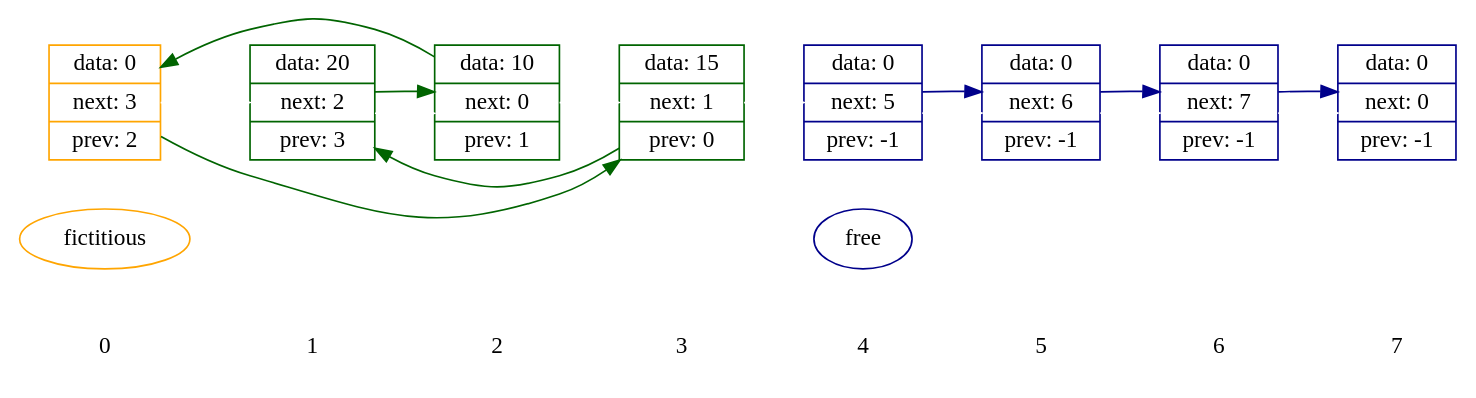
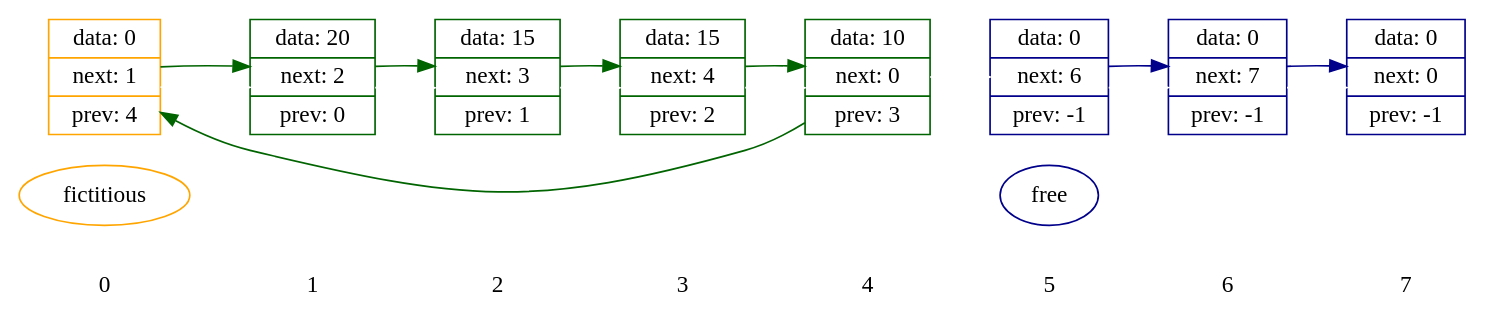
Before and after one commit to whiterno/list: the diagram in log/dump.dot, drawn with Graphviz. The commit also changed 30 other files, not shown here.

```diff
--- a/log/dump.dot
+++ b/log/dump.dot
@@ -1,55 +1,55 @@
 digraph D{
 	rankdir = LR
 	{
 	node[shape = plaintext]
 	edge[color = "white"]
 	"0" -> "1" -> "2" -> "3" -> "4" -> "5" -> "6" -> "7"
 	}
 
 	free [color = "darkblue"]
 
 	fictitious [color = "orange"]
 
 	{rank = same;  "0"; node_0; fictitious;}
 	{rank = same;  "1"; node_1;}
 	{rank = same;  "2"; node_2;}
 	{rank = same;  "3"; node_3;}
-	{rank = same;  "4"; node_4; free;}
-	{rank = same;  "5"; node_5;}
+	{rank = same;  "4"; node_4;}
+	{rank = same;  "5"; node_5; free;}
 	{rank = same;  "6"; node_6;}
 	{rank = same;  "7"; node_7;}
 
-	node_0 [shape = record, label = " data: 0 | next: 3 | prev: 2 "]
-	node_1 [shape = record, label = " data: 20 | next: 2 | prev: 3 "]
-	node_2 [shape = record, label = " data: 10 | next: 0 | prev: 1 "]
-	node_3 [shape = record, label = " data: 15 | next: 1 | prev: 0 "]
-	node_4 [shape = record, label = " data: 0 | next: 5 | prev: -1 "]
+	node_0 [shape = record, label = " data: 0 | next: 1 | prev: 4 "]
+	node_1 [shape = record, label = " data: 20 | next: 2 | prev: 0 "]
+	node_2 [shape = record, label = " data: 15 | next: 3 | prev: 1 "]
+	node_3 [shape = record, label = " data: 15 | next: 4 | prev: 2 "]
+	node_4 [shape = record, label = " data: 10 | next: 0 | prev: 3 "]
 	node_5 [shape = record, label = " data: 0 | next: 6 | prev: -1 "]
 	node_6 [shape = record, label = " data: 0 | next: 7 | prev: -1 "]
 	node_7 [shape = record, label = " data: 0 | next: 0 | prev: -1 "]
 
 	node_0 -> node_1 [weight = 100, color = "white"]
 	node_1 -> node_2 [weight = 100, color = "white"]
 	node_2 -> node_3 [weight = 100, color = "white"]
 	node_3 -> node_4 [weight = 100, color = "white"]
 	node_4 -> node_5 [weight = 100, color = "white"]
 	node_5 -> node_6 [weight = 100, color = "white"]
 	node_6 -> node_7 [weight = 100, color = "white"]
 
-	node_0 -> node_3 [color = "darkgreen"]
+	node_0 -> node_1 [color = "darkgreen"]
 	node_0 [color  = "orange"]
-	node_3 -> node_1 [color = "darkgreen"]
-	node_3 [color  = "darkgreen"]
 	node_1 -> node_2 [color = "darkgreen"]
 	node_1 [color  = "darkgreen"]
-	node_2 -> node_0 [color = "darkgreen"]
+	node_2 -> node_3 [color = "darkgreen"]
 	node_2 [color  = "darkgreen"]
+	node_3 -> node_4 [color = "darkgreen"]
+	node_3 [color  = "darkgreen"]
+	node_4 -> node_0 [color = "darkgreen"]
+	node_4 [color  = "darkgreen"]
 
-	node_4 [color  = "darkblue"]
-	node_4 -> node_5 [color = "darkblue"]
 	node_5 [color  = "darkblue"]
 	node_5 -> node_6 [color = "darkblue"]
 	node_6 [color  = "darkblue"]
 	node_6 -> node_7 [color = "darkblue"]
 	node_7 [color  = "darkblue"]
 }
```
